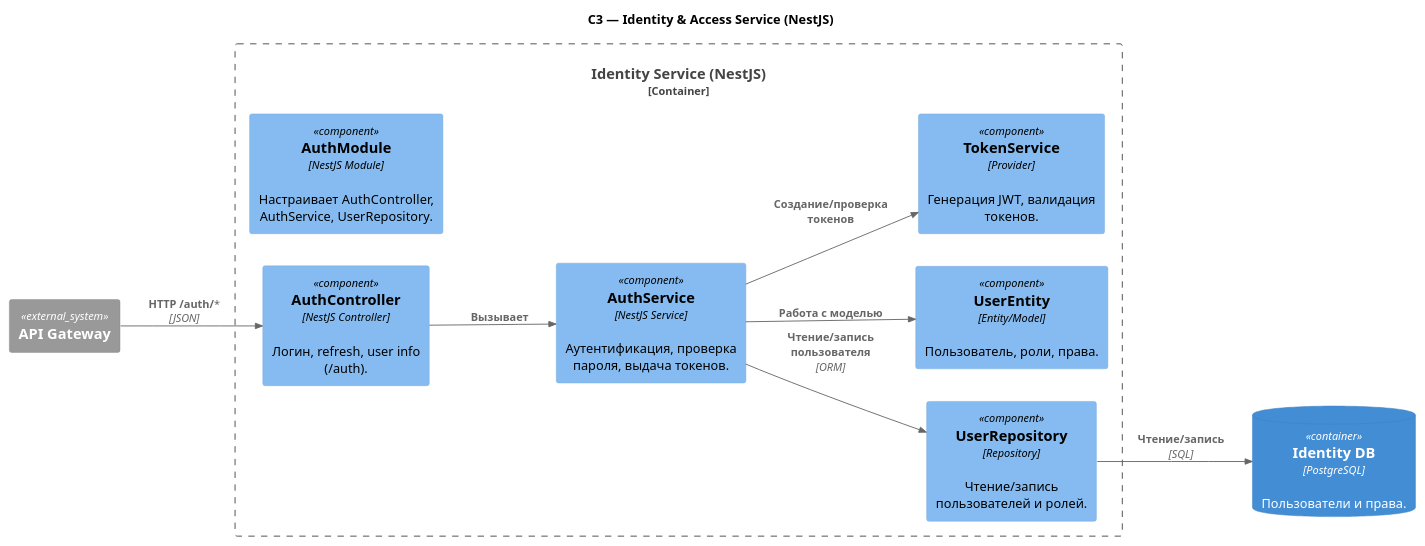
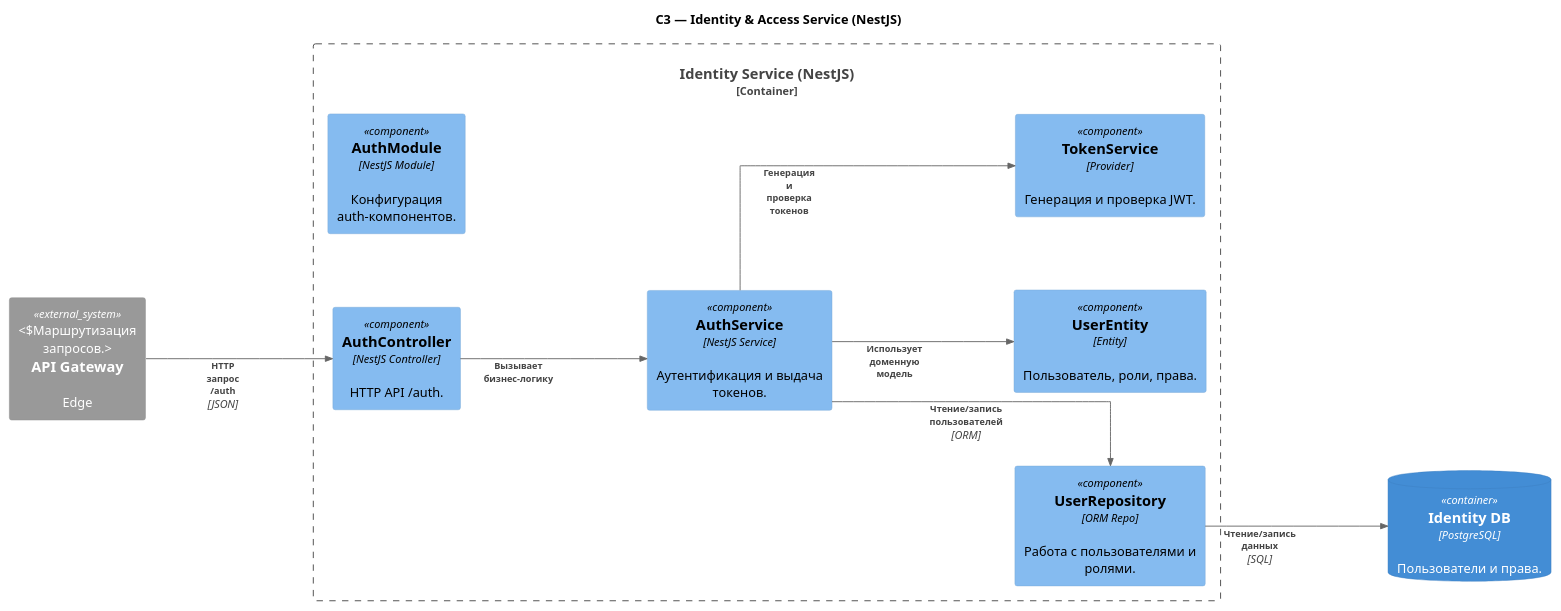
Before and after one commit to AndreyNester/warm_house: the diagram in apps/docs/new/components/Identity.puml, drawn with PlantUML. The commit also changed 9 other files, not shown here.

```diff
--- a/apps/docs/new/components/Identity.puml
+++ b/apps/docs/new/components/Identity.puml
@@ -1,27 +1,37 @@
 @startuml
 !includeurl https://raw.githubusercontent.com/RicardoNiepel/C4-PlantUML/master/C4_Component.puml
+
+skinparam linetype ortho
+skinparam nodesep 80
+skinparam ranksep 200
+skinparam ArrowFontSize 10
+skinparam ArrowFontColor #444444
+skinparam ArrowTextAlignment center
+skinparam ComponentFontSize 11
+skinparam ComponentPadding 10
+skinparam MaxMessageSize 20
+
 LAYOUT_LEFT_RIGHT()
 
 title C3 — Identity & Access Service (NestJS)
 
 Container_Boundary(identity, "Identity Service (NestJS)") {
-
-    Component(auth_module, "AuthModule", "NestJS Module", "Настраивает AuthController, AuthService, UserRepository.")
-    Component(auth_controller, "AuthController", "NestJS Controller", "Логин, refresh, user info (/auth).")
-    Component(auth_service, "AuthService", "NestJS Service", "Аутентификация, проверка пароля, выдача токенов.")
-    Component(user_repository, "UserRepository", "Repository", "Чтение/запись пользователей и ролей.")
-    Component(user_entity, "UserEntity", "Entity/Model", "Пользователь, роли, права.")
-    Component(token_service, "TokenService", "Provider", "Генерация JWT, валидация токенов.")
+    Component(auth_module, "AuthModule", "NestJS Module", "Конфигурация auth-компонентов.")
+    Component(auth_controller, "AuthController", "NestJS Controller", "HTTP API /auth.")
+    Component(auth_service, "AuthService", "NestJS Service", "Аутентификация и выдача токенов.")
+    Component(user_repository, "UserRepository", "ORM Repo", "Работа с пользователями и ролями.")
+    Component(user_entity, "UserEntity", "Entity", "Пользователь, роли, права.")
+    Component(token_service, "TokenService", "Provider", "Генерация и проверка JWT.")
 }
 
 ContainerDb(identity_db, "Identity DB", "PostgreSQL", "Пользователи и права.")
-System_Ext(api_gateway, "API Gateway", "", "")
+System_Ext(api_gateway, "API Gateway", "Edge", "Маршрутизация запросов.")
 
-Rel(api_gateway, auth_controller, "HTTP /auth/*", "JSON")
-Rel(auth_controller, auth_service, "Вызывает", "")
-Rel(auth_service, user_repository, "Чтение/запись пользователя", "ORM")
-Rel(user_repository, identity_db, "Чтение/запись", "SQL")
-Rel(auth_service, token_service, "Создание/проверка токенов", "")
-Rel(auth_service, user_entity, "Работа с моделью", "")
+Rel(api_gateway, auth_controller, "HTTP запрос /auth", "JSON")
+Rel(auth_controller, auth_service, "Вызывает бизнес-логику", "")
+Rel(auth_service, user_repository, "Чтение/запись пользователей", "ORM")
+Rel(user_repository, identity_db, "Чтение/запись данных", "SQL")
+Rel(auth_service, token_service, "Генерация и проверка токенов", "")
+Rel(auth_service, user_entity, "Использует доменную модель", "")
 
 @enduml
```
